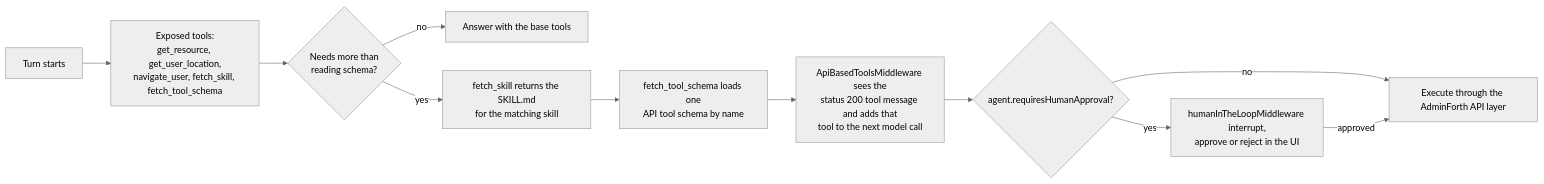
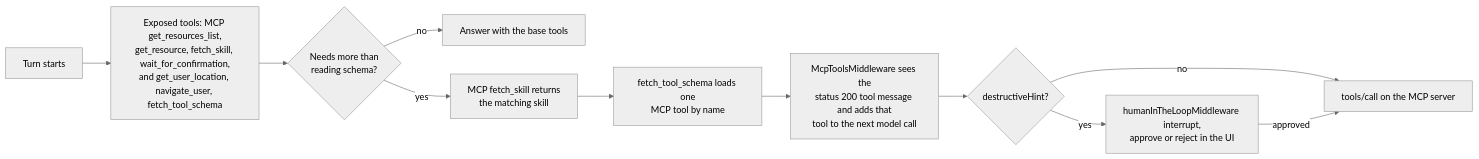
One commit to devforth/adminforth-agent changed the third of 3 diagrams in README.md. Above: the diagram before and after it, drawn with Mermaid (neutral theme). The commit also changed other lines of this file and 29 other files, not shown here.

Commit message:
feat: agent works through the tools and skills of the in-process MCP server instead of its own API tools

````diff
--- a/README.md
+++ b/README.md
@@ -147,13 +154,13 @@
 ```mermaid
 flowchart LR
-    A["Turn starts"] --> B["Exposed tools:<br/>get_resource, get_user_location,<br/>navigate_user, fetch_skill, fetch_tool_schema"]
+    A["Turn starts"] --> B["Exposed tools: MCP get_resources_list,<br/>get_resource, fetch_skill, wait_for_confirmation,<br/>and get_user_location, navigate_user, fetch_tool_schema"]
     B --> C{"Needs more than<br/>reading schema?"}
     C -- no --> D["Answer with the base tools"]
-    C -- yes --> E["fetch_skill returns the SKILL.md<br/>for the matching skill"]
-    E --> F["fetch_tool_schema loads one<br/>API tool schema by name"]
-    F --> G["ApiBasedToolsMiddleware sees the<br/>status 200 tool message and adds that<br/>tool to the next model call"]
-    G --> H{"agent.requiresHumanApproval?"}
+    C -- yes --> E["MCP fetch_skill returns<br/>the matching skill"]
+    E --> F["fetch_tool_schema loads one<br/>MCP tool by name"]
+    F --> G["McpToolsMiddleware sees the<br/>status 200 tool message and adds that<br/>tool to the next model call"]
+    G --> H{"destructiveHint?"}
     H -- yes --> I["humanInTheLoopMiddleware interrupt,<br/>approve or reject in the UI"]
-    H -- no --> J["Execute through the AdminForth API layer"]
+    H -- no --> J["tools/call on the MCP server"]
     I -- approved --> J
 ```
````
